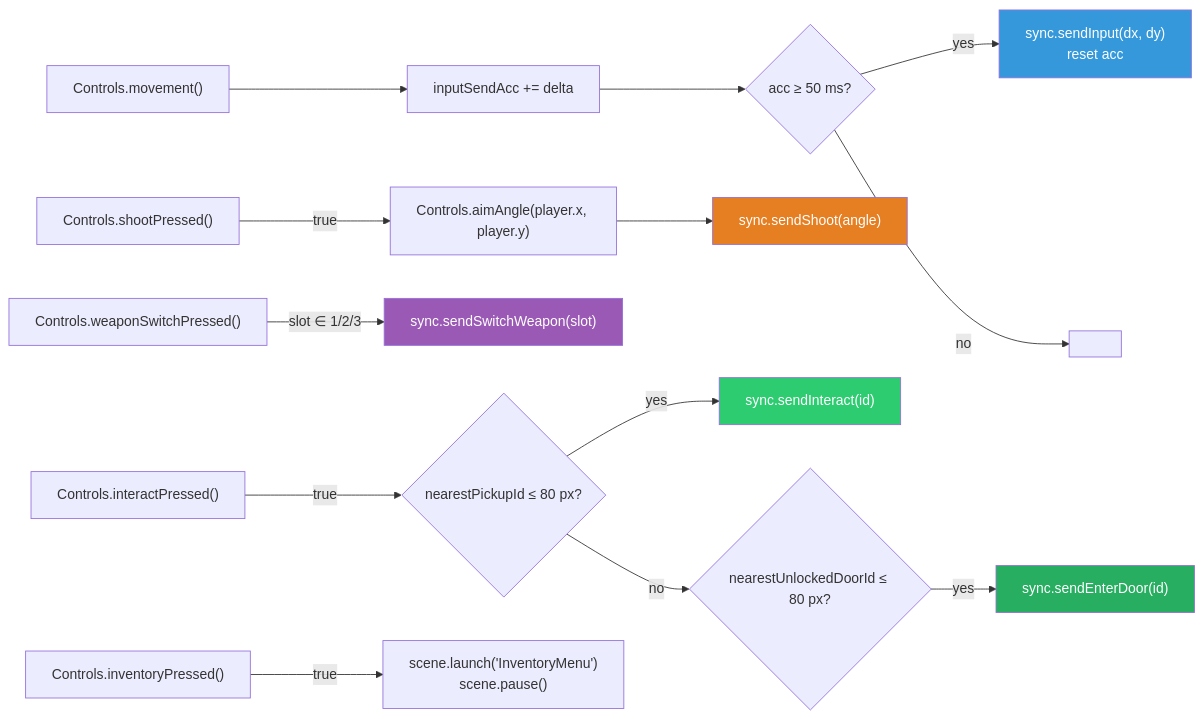
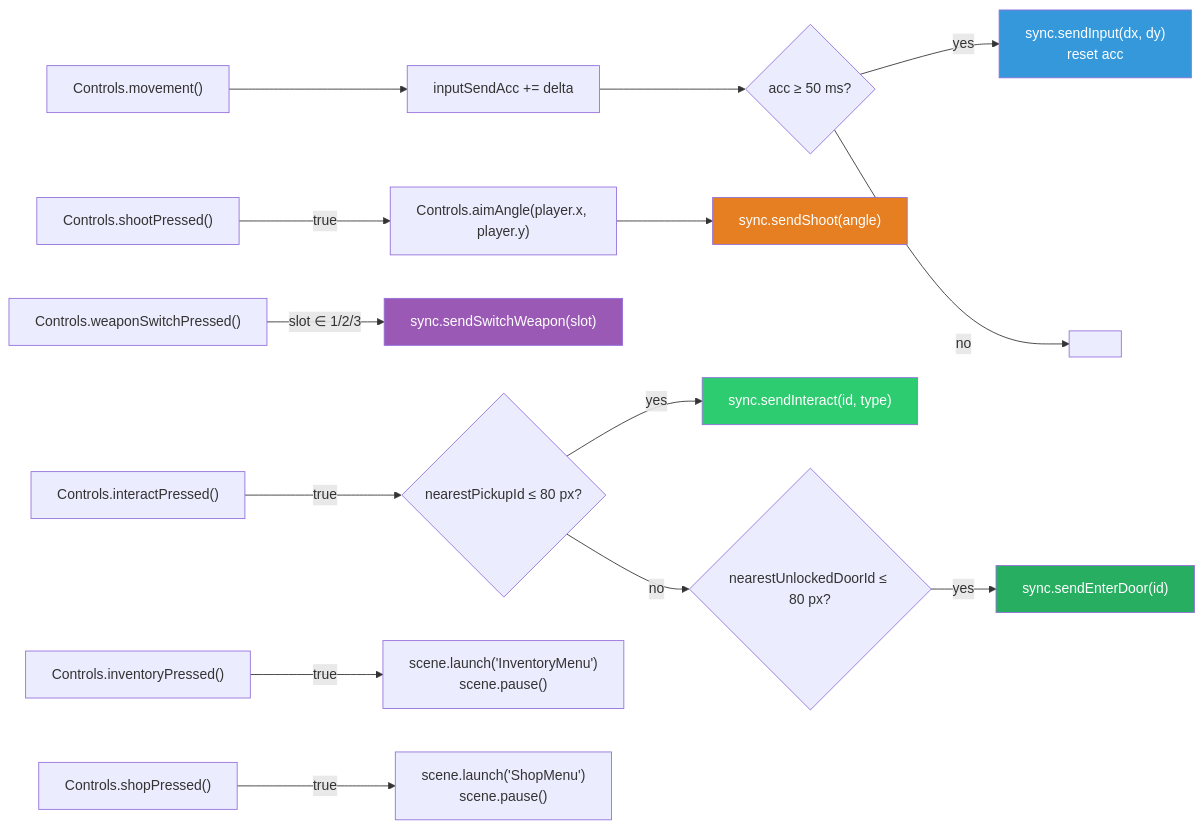
The diagram in docs/specs/client/07-input-controls.md (NUSGreyhats/dcsg-vibecat-404), drawn with Mermaid before and after one commit. The commit also changed other lines of this file and 10 other files, not shown here.

````diff
--- a/docs/specs/client/07-input-controls.md
+++ b/docs/specs/client/07-input-controls.md
@@ -91,25 +94,26 @@
 ```mermaid
 graph LR
     MV["Controls.movement()"] --> ACC["inputSendAcc += delta"]
     ACC --> GATE{"acc ≥ 50 ms?"}
     GATE -->|yes| SEND_I["sync.sendInput(dx, dy)<br/>reset acc"]
     GATE -->|no| SKIP[" "]
 
     SH["Controls.shootPressed()"] -->|true| AIM["Controls.aimAngle(player.x, player.y)"]
     AIM --> SEND_S["sync.sendShoot(angle)"]
 
     SW["Controls.weaponSwitchPressed()"] -->|slot ∈ 1/2/3| SEND_W["sync.sendSwitchWeapon(slot)"]
 
     IT["Controls.interactPressed()"] -->|true| NEAR_P{"nearestPickupId ≤ 80 px?"}
-    NEAR_P -->|yes| SEND_IT["sync.sendInteract(id)"]
+    NEAR_P -->|yes| SEND_IT["sync.sendInteract(id, type)"]
     NEAR_P -->|no| NEAR_D{"nearestUnlockedDoorId ≤ 80 px?"}
     NEAR_D -->|yes| SEND_D["sync.sendEnterDoor(id)"]
 
     INV["Controls.inventoryPressed()"] -->|true| OPEN["scene.launch('InventoryMenu')<br/>scene.pause()"]
+    SHP["Controls.shopPressed()"] -->|true| OPEN_SHOP["scene.launch('ShopMenu')<br/>scene.pause()"]
 
     style SEND_I fill:#3498db,color:#fff
     style SEND_S fill:#e67e22,color:#fff
     style SEND_W fill:#9b59b6,color:#fff
     style SEND_IT fill:#2ecc71,color:#fff
     style SEND_D fill:#27ae60,color:#fff
 ```
````
